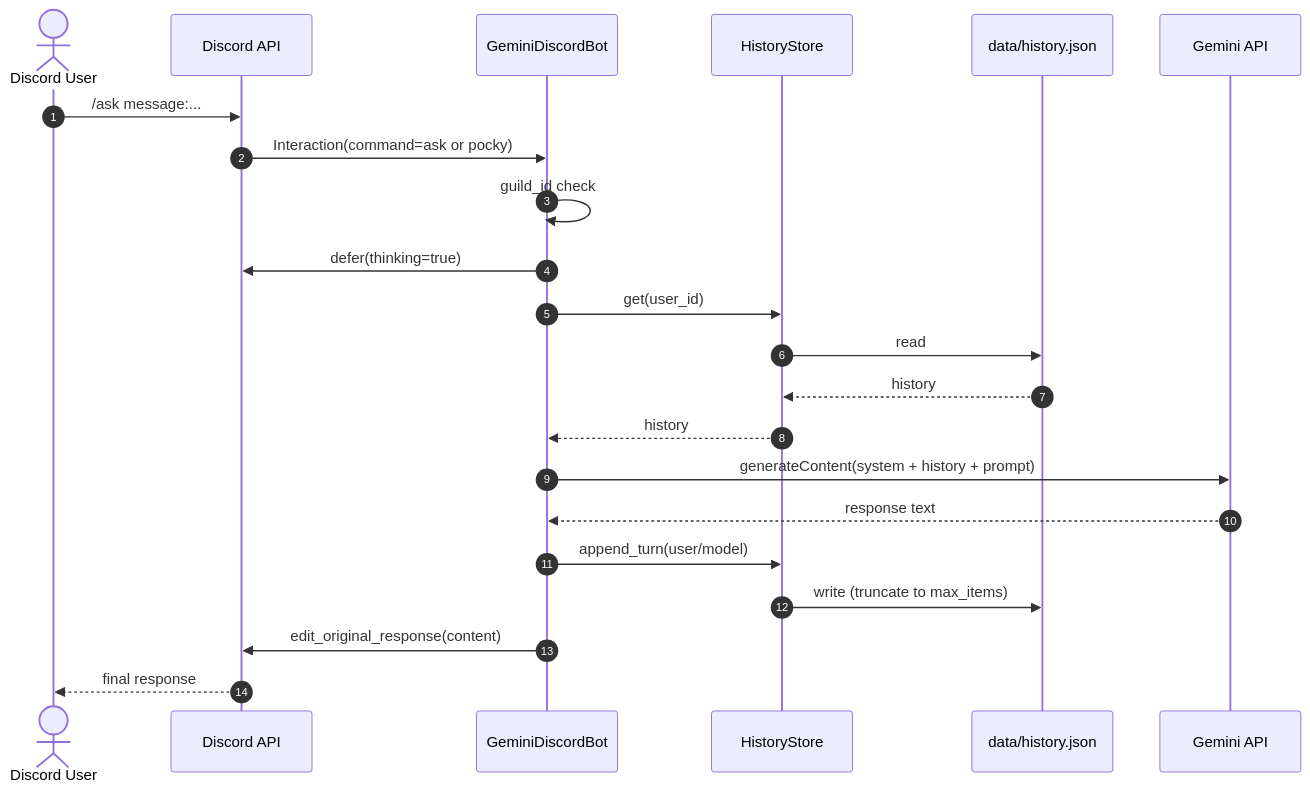
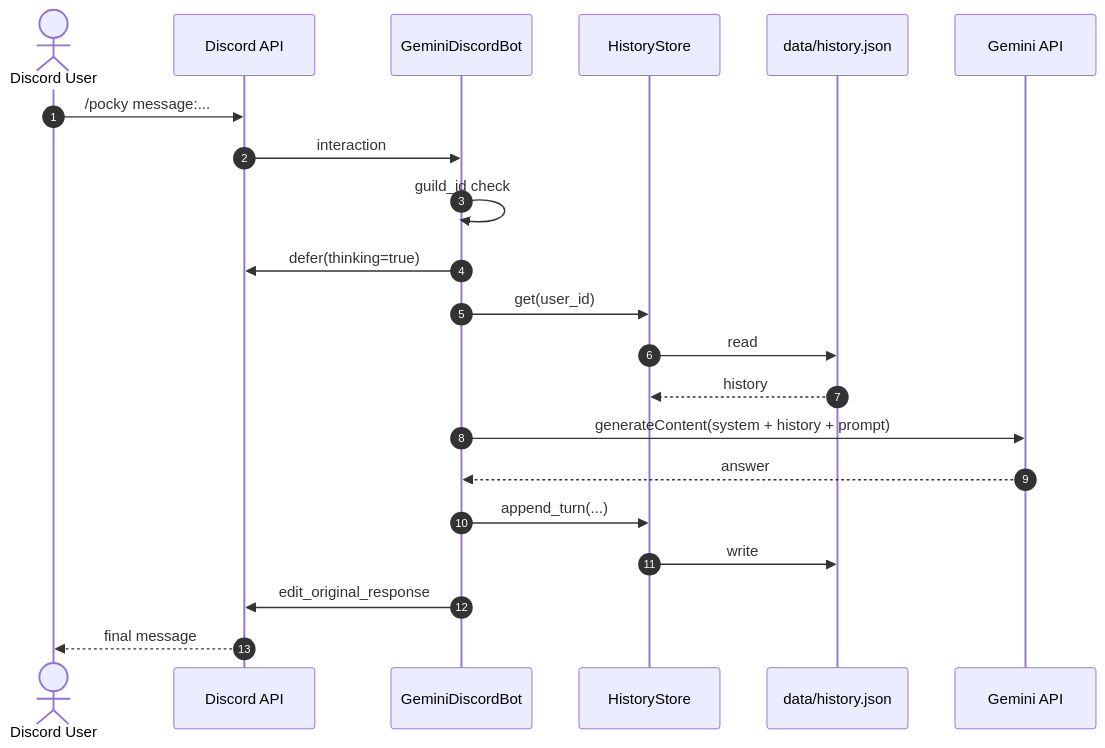
The third of 3 diagrams in docs/system-specification.md (s-kirii/gemini-bot-py), drawn with Mermaid before and after one commit. The commit also changed other lines of this file and 1 other file, not shown here.

Commit message:
Update docs for GCP-first operations and Discord setup

````diff
--- a/docs/system-specification.md
+++ b/docs/system-specification.md
@@ -253,25 +231,24 @@
 ```mermaid
 sequenceDiagram
   autonumber
   actor User as Discord User
-  participant Discord as Discord API
+  participant Disc as Discord API
   participant Bot as GeminiDiscordBot
   participant Store as HistoryStore
   participant File as data/history.json
   participant Gemini as Gemini API
 
-  User->>Discord: /ask message:...
-  Discord->>Bot: Interaction(command=ask or pocky)
+  User->>Disc: /pocky message:...
+  Disc->>Bot: interaction
   Bot->>Bot: guild_id check
-  Bot->>Discord: defer(thinking=true)
+  Bot->>Disc: defer(thinking=true)
   Bot->>Store: get(user_id)
   Store->>File: read
   File-->>Store: history
-  Store-->>Bot: history
   Bot->>Gemini: generateContent(system + history + prompt)
-  Gemini-->>Bot: response text
-  Bot->>Store: append_turn(user/model)
-  Store->>File: write (truncate to max_items)
-  Bot->>Discord: edit_original_response(content)
-  Discord-->>User: final response
+  Gemini-->>Bot: answer
+  Bot->>Store: append_turn(...)
+  Store->>File: write
+  Bot->>Disc: edit_original_response
+  Disc-->>User: final message
 ```
````
